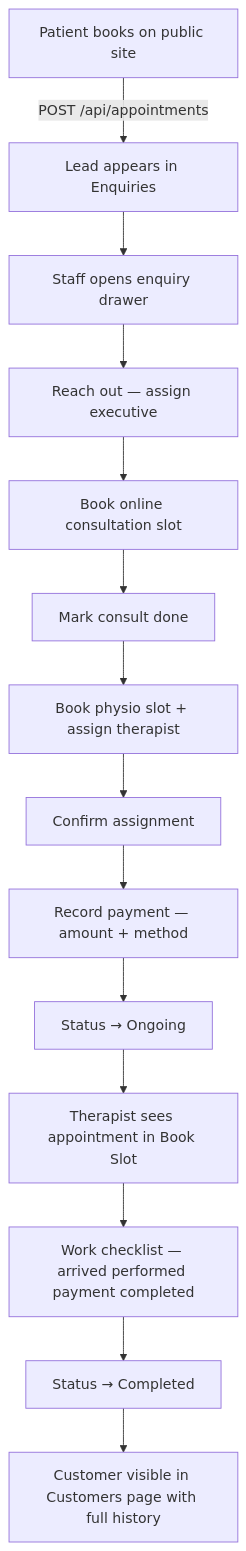
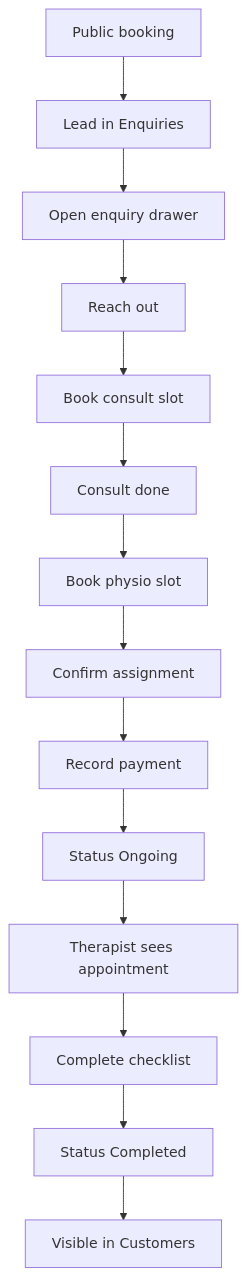
One commit to mdwwellness/wellness-dashboard changed diagram 11 of 12 in docs/dashboard-flowchart.md. Above: the diagram before and after it, drawn with Mermaid. The commit also changed other lines of this file, not shown here.

Commit message:
fix(docs): GitHub-safe Mermaid syntax for dashboard flowcharts

````diff
--- a/docs/dashboard-flowchart.md
+++ b/docs/dashboard-flowchart.md
@@ -250,16 +254,16 @@
 ```mermaid
-flowchart TD
-    A[Patient books on public site] -->|POST /api/appointments| B[Lead appears in Enquiries]
-    B --> C[Staff opens enquiry drawer]
-    C --> D[Reach out — assign executive]
-    D --> E[Book online consultation slot]
-    E --> F[Mark consult done]
-    F --> G[Book physio slot + assign therapist]
-    G --> H[Confirm assignment]
-    H --> I[Record payment — amount + method]
-    I --> J[Status → Ongoing]
-    J --> K[Therapist sees appointment in Book Slot]
-    K --> L[Work checklist — arrived performed payment completed]
-    L --> M[Status → Completed]
-    M --> N[Customer visible in Customers page with full history]
+graph TD
+    A["Public booking"] --> B["Lead in Enquiries"]
+    B --> C["Open enquiry drawer"]
+    C --> D["Reach out"]
+    D --> E["Book consult slot"]
+    E --> F["Consult done"]
+    F --> G["Book physio slot"]
+    G --> H["Confirm assignment"]
+    H --> I["Record payment"]
+    I --> J["Status Ongoing"]
+    J --> K["Therapist sees appointment"]
+    K --> L["Complete checklist"]
+    L --> M["Status Completed"]
+    M --> N["Visible in Customers"]
 ```
````
